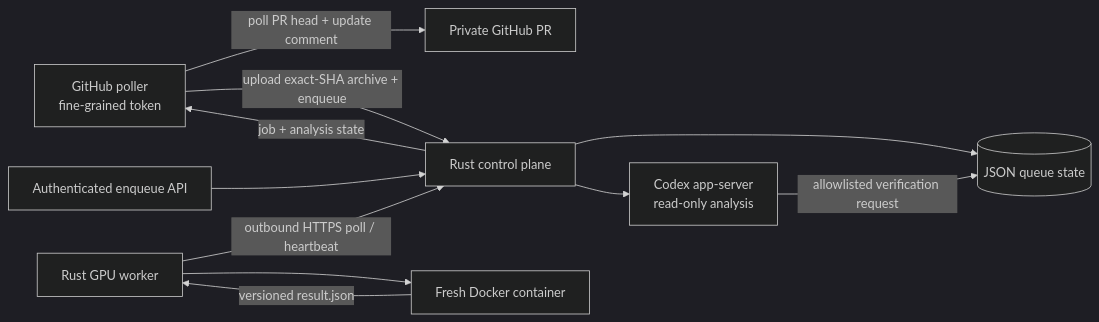
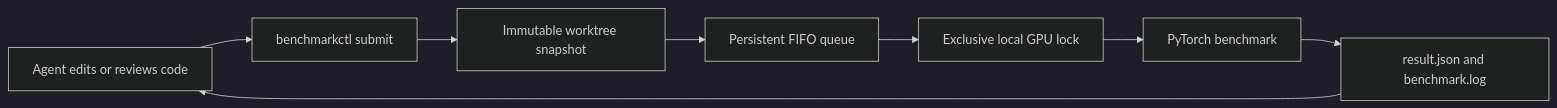
Before and after one commit to Sober7135/TikTokTechJam2026Track3: the diagram in orchestrator/README.md, drawn with Mermaid (dark theme). The commit also changed other lines of this file and 24 other files, not shown here.

Commit message:
refactor: replace remote orchestrator with local benchmarkctl

````diff
--- a/orchestrator/README.md
+++ b/orchestrator/README.md
@@ -8,13 +9,10 @@
 ```mermaid
 flowchart LR
-    P[GitHub poller<br/>fine-grained token] -->|poll PR head + update comment| PR[Private GitHub PR]
-    P -->|upload exact-SHA archive + enqueue| CP[Rust control plane]
-    ADMIN[Authenticated enqueue API] --> CP
-    CP --> Q[(JSON queue state)]
-    W[Rust GPU worker] -->|outbound HTTPS poll / heartbeat| CP
-    W --> D[Fresh Docker container]
-    D -->|versioned result.json| W
-    CP --> A[Codex app-server<br/>read-only analysis]
-    A -->|allowlisted verification request| Q
-    CP -->|job + analysis state| P
+    A[Agent edits or reviews code] --> B[benchmarkctl submit]
+    B --> S[Immutable worktree snapshot]
+    S --> Q[Persistent FIFO queue]
+    Q --> G[Exclusive local GPU lock]
+    G --> P[PyTorch benchmark]
+    P --> R[result.json and benchmark.log]
+    R --> A
 ```
````
